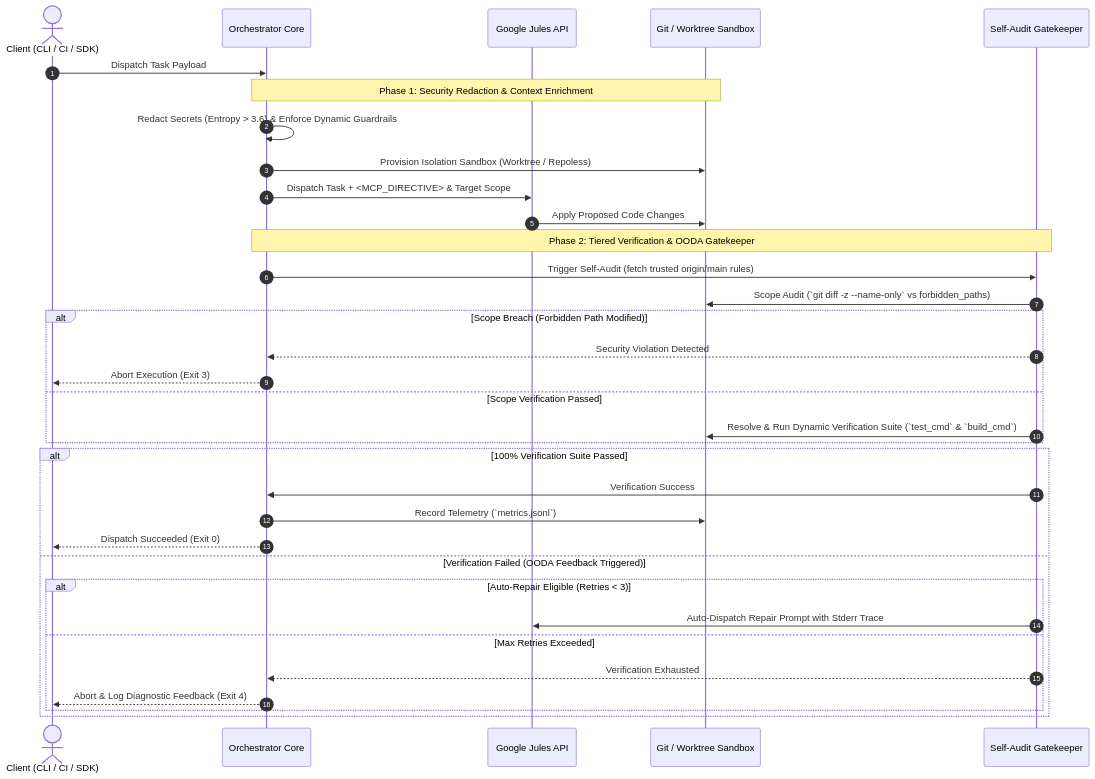
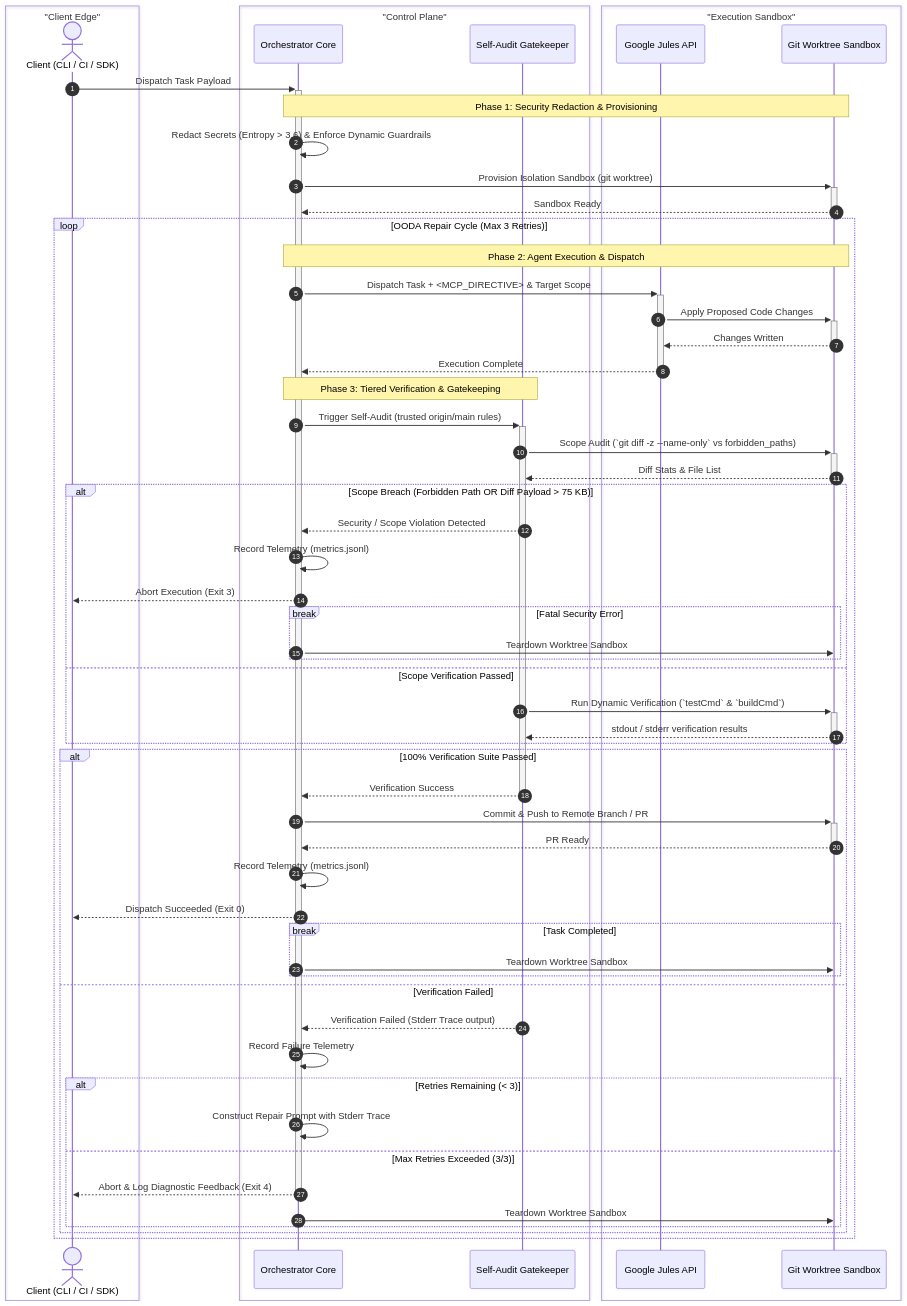
One commit to FullThrottle83/jules-orchestrator-kit changed the diagram in README.md. Above: the diagram before and after it, drawn with Mermaid. The commit also changed 1 other file, not shown here.

Commit message:
docs: update Mermaid sequence diagram with box-grouped architecture and explicit OODA loop

````diff
--- a/README.md
+++ b/README.md
@@ -46,42 +46,72 @@
 ```mermaid
 sequenceDiagram
     autonumber
-    actor Trigger as Client (CLI / CI / SDK)
-    participant Orc as Orchestrator Core
-    participant API as Google Jules API
-    participant Git as Git / Worktree Sandbox
-    participant Gate as Self-Audit Gatekeeper
-
-    Trigger->>Orc: Dispatch Task Payload
     
-    note over Orc,Git: Phase 1: Security Redaction & Context Enrichment
-    Orc->>Orc: Redact Secrets (Entropy > 3.6) & Enforce Dynamic Guardrails
-    Orc->>Git: Provision Isolation Sandbox (Worktree / Repoless)
-    Orc->>API: Dispatch Task + <MCP_DIRECTIVE> & Target Scope
-
-    API->>Git: Apply Proposed Code Changes
+    box "Client Edge" #F4F4F4
+        actor Trigger as Client (CLI / CI / SDK)
+    end
     
-    note over Orc,Gate: Phase 2: Tiered Verification & OODA Gatekeeper
-    Orc->>Gate: Trigger Self-Audit (fetch trusted origin/main rules)
-    Gate->>Git: Scope Audit (`git diff -z --name-only` vs forbidden_paths)
+    box "Control Plane" #E8F4F8
+        participant Orc as Orchestrator Core
+        participant Gate as Self-Audit Gatekeeper
+    end
     
-    alt Scope Breach (Forbidden Path Modified)
-        Gate-->>Orc: Security Violation Detected
-        Orc-->>Trigger: Abort Execution (Exit 3)
-    else Scope Verification Passed
-        Gate->>Git: Resolve & Run Dynamic Verification Suite (`test_cmd` & `build_cmd`)
+    box "Execution Sandbox" #F8E8E8
+        participant API as Google Jules API
+        participant Git as Git Worktree Sandbox
     end
 
-    alt 100% Verification Suite Passed
-        Gate->>Orc: Verification Success
-        Orc->>Git: Record Telemetry (`metrics.jsonl`)
-        Orc-->>Trigger: Dispatch Succeeded (Exit 0)
-    else Verification Failed (OODA Feedback Triggered)
-        alt Auto-Repair Eligible (Retries < 3)
-            Gate->>API: Auto-Dispatch Repair Prompt with Stderr Trace
-        else Max Retries Exceeded
-            Gate-->>Orc: Verification Exhausted
-            Orc-->>Trigger: Abort & Log Diagnostic Feedback (Exit 4)
+    Trigger->>+Orc: Dispatch Task Payload
+    
+    note over Orc,Git: Phase 1: Security Redaction & Provisioning
+    Orc->>Orc: Redact Secrets (Entropy > 3.6) & Enforce Dynamic Guardrails
+    Orc->>+Git: Provision Isolation Sandbox (git worktree)
+    Git-->>-Orc: Sandbox Ready
+    
+    loop OODA Repair Cycle (Max 3 Retries)
+        note over Orc,Git: Phase 2: Agent Execution & Dispatch
+        Orc->>+API: Dispatch Task + <MCP_DIRECTIVE> & Target Scope
+        API->>+Git: Apply Proposed Code Changes
+        Git-->>-API: Changes Written
+        API-->>-Orc: Execution Complete
+        
+        note over Orc,Gate: Phase 3: Tiered Verification & Gatekeeping
+        Orc->>+Gate: Trigger Self-Audit (trusted origin/main rules)
+        
+        Gate->>+Git: Scope Audit (`git diff -z --name-only` vs forbidden_paths)
+        Git-->>-Gate: Diff Stats & File List
+        
+        alt Scope Breach (Forbidden Path OR Diff Payload > 75 KB)
+            Gate-->>Orc: Security / Scope Violation Detected
+            Orc->>Orc: Record Telemetry (metrics.jsonl)
+            Orc-->>Trigger: Abort Execution (Exit 3)
+            break Fatal Security Error
+                Orc->>Git: Teardown Worktree Sandbox
+            end
+        else Scope Verification Passed
+            Gate->>+Git: Run Dynamic Verification (`testCmd` & `buildCmd`)
+            Git-->>-Gate: stdout / stderr verification results
+        end
+
+        alt 100% Verification Suite Passed
+            Gate-->>-Orc: Verification Success
+            Orc->>+Git: Commit & Push to Remote Branch / PR
+            Git-->>-Orc: PR Ready
+            Orc->>Orc: Record Telemetry (metrics.jsonl)
+            Orc-->>Trigger: Dispatch Succeeded (Exit 0)
+            break Task Completed
+                Orc->>Git: Teardown Worktree Sandbox
+            end
+        else Verification Failed
+            Gate-->>Orc: Verification Failed (Stderr Trace output)
+            Orc->>Orc: Record Failure Telemetry
+            
+            alt Retries Remaining (< 3)
+                Orc->>Orc: Construct Repair Prompt with Stderr Trace
+            else Max Retries Exceeded (3/3)
+                Orc-->>-Trigger: Abort & Log Diagnostic Feedback (Exit 4)
+                Orc->>Git: Teardown Worktree Sandbox
+            end
         end
     end
 ```
````
